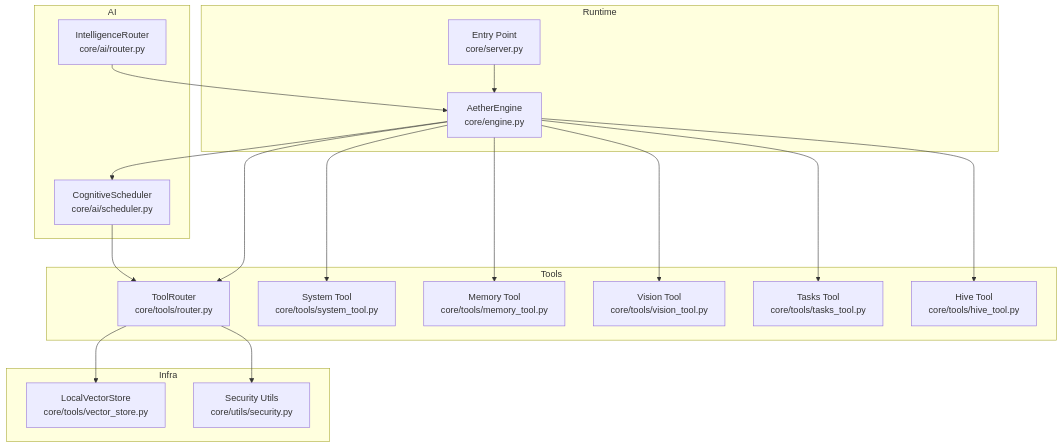
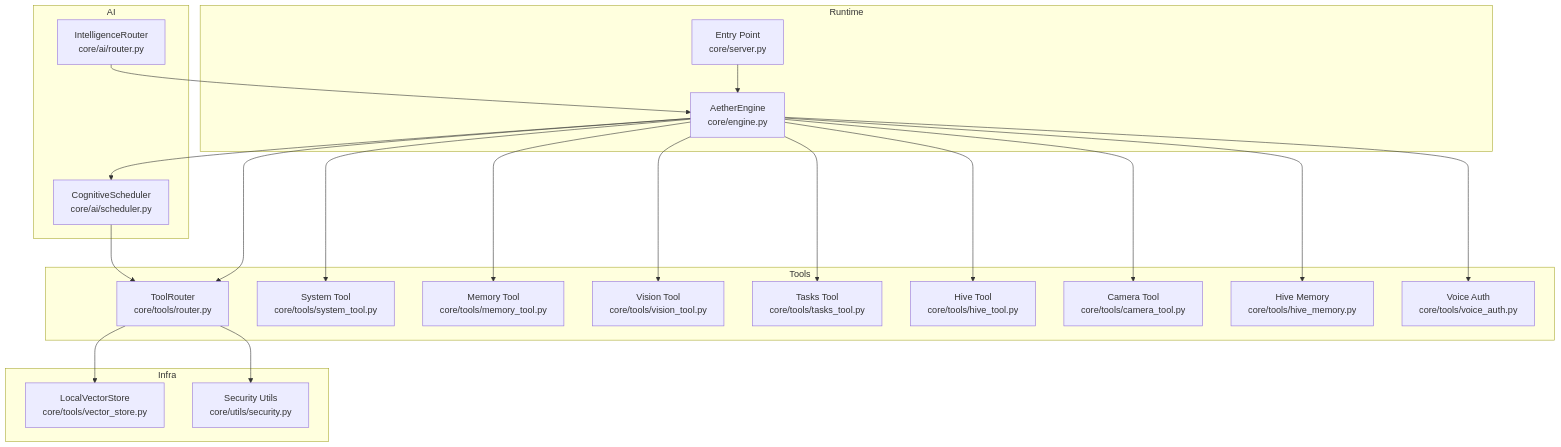
One commit to Moeabdelaziz007/Aether-Voice-OS changed the first of 18 diagrams in .qoder/repowiki/en/content/AI Integration Layer/Tool Execution System/Tool Execution System.md. Above: the diagram before and after it, drawn with Mermaid. The commit also changed other lines of this file and 29 other files, not shown here.

````diff
--- a/.qoder/repowiki/en/content/AI Integration Layer/Tool Execution System/Tool Execution System.md
+++ b/.qoder/repowiki/en/content/AI Integration Layer/Tool Execution System/Tool Execution System.md
@@ -43,35 +54,41 @@
 ```mermaid
 graph TB
 subgraph "Runtime"
 Engine["AetherEngine<br/>core/engine.py"]
 Server["Entry Point<br/>core/server.py"]
 end
 subgraph "AI"
 Scheduler["CognitiveScheduler<br/>core/ai/scheduler.py"]
 IntRouter["IntelligenceRouter<br/>core/ai/router.py"]
 end
 subgraph "Tools"
 TRouter["ToolRouter<br/>core/tools/router.py"]
 Sys["System Tool<br/>core/tools/system_tool.py"]
 Mem["Memory Tool<br/>core/tools/memory_tool.py"]
 Vision["Vision Tool<br/>core/tools/vision_tool.py"]
 Tasks["Tasks Tool<br/>core/tools/tasks_tool.py"]
 Hive["Hive Tool<br/>core/tools/hive_tool.py"]
+Camera["Camera Tool<br/>core/tools/camera_tool.py"]
+HiveMem["Hive Memory<br/>core/tools/hive_memory.py"]
+VoiceAuth["Voice Auth<br/>core/tools/voice_auth.py"]
 end
 subgraph "Infra"
 VS["LocalVectorStore<br/>core/tools/vector_store.py"]
 Sec["Security Utils<br/>core/utils/security.py"]
 end
 Server --> Engine
 Engine --> TRouter
 Engine --> Scheduler
 Engine --> Sys
 Engine --> Mem
 Engine --> Vision
 Engine --> Tasks
 Engine --> Hive
+Engine --> Camera
+Engine --> HiveMem
+Engine --> VoiceAuth
 TRouter --> VS
 TRouter --> Sec
 Scheduler --> TRouter
 IntRouter --> Engine
 ```
````
